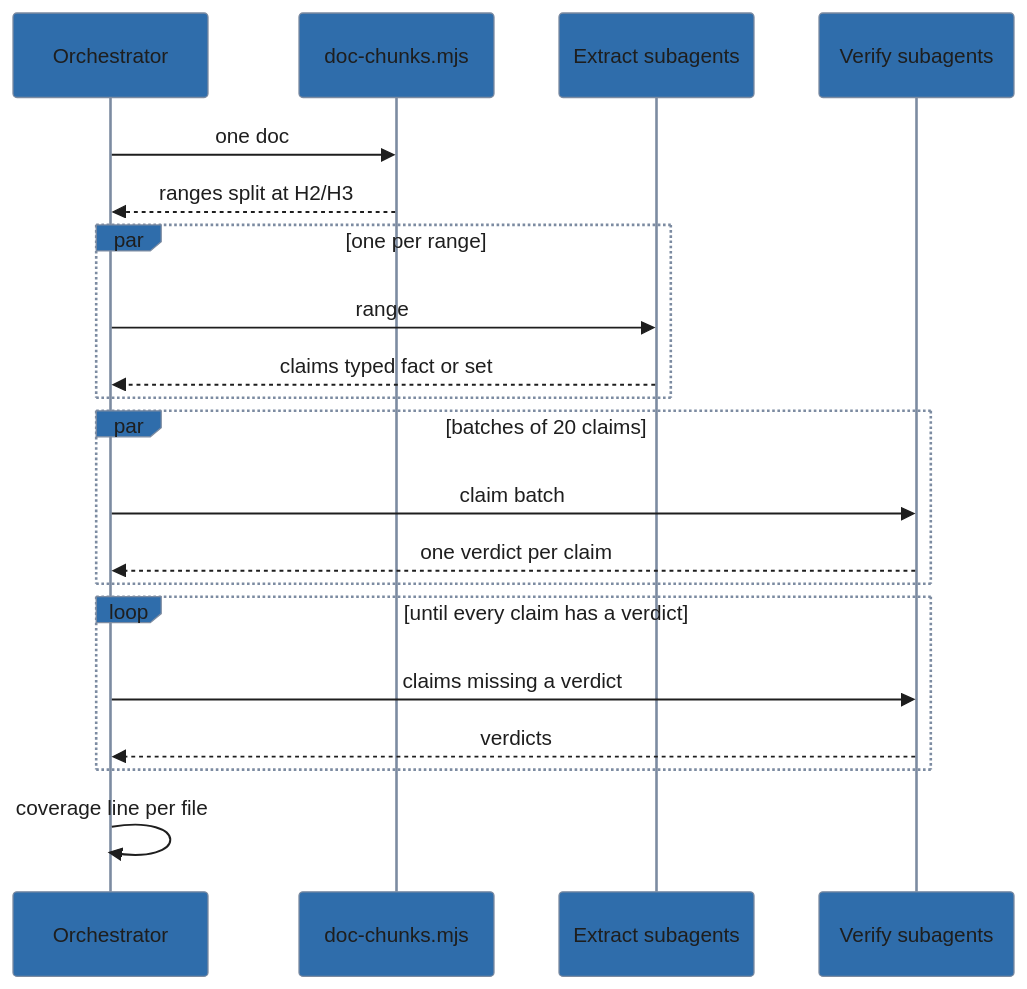
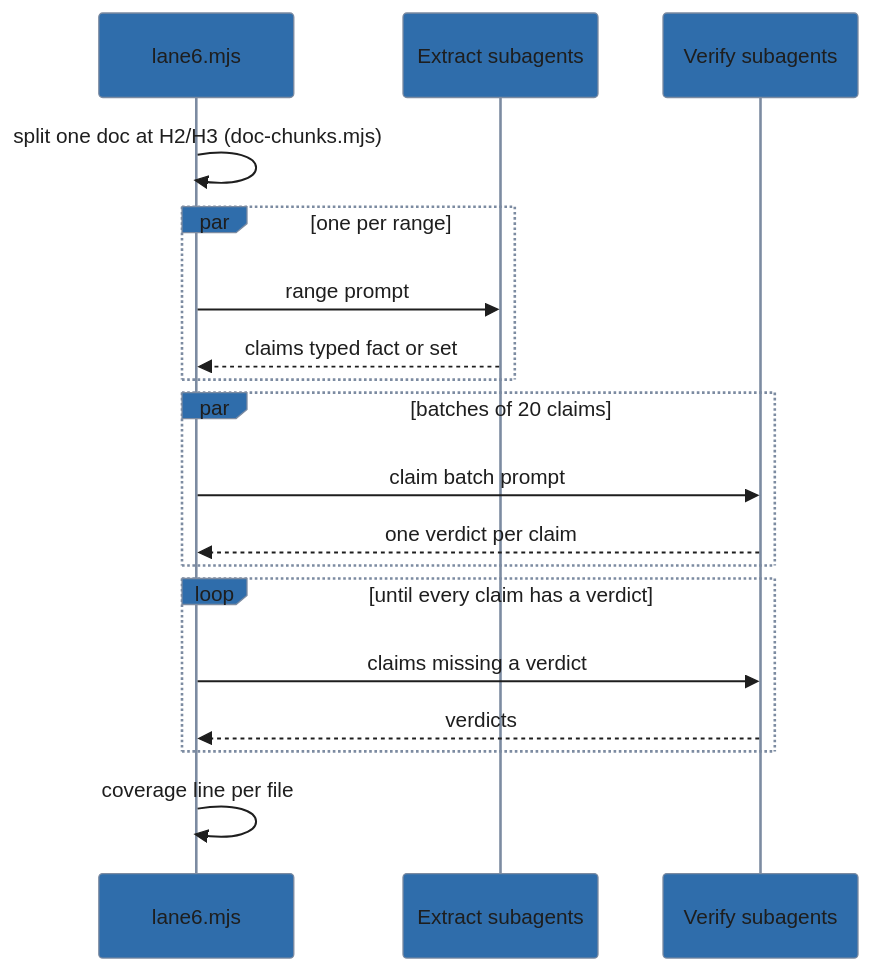
Before and after one commit to lolables/lola-mod-project-docs: the first of 3 diagrams in docs/dev/architecture.md, drawn with Mermaid. The commit also changed other lines of this file and 23 other files, not shown here.

First line of the commit message:
feat(docs-audit): drive Lane 6 and Lane 3 adjudication through lane6.mjs

````diff
--- a/docs/dev/architecture.md
+++ b/docs/dev/architecture.md
@@ -87,38 +96,36 @@
 ```mermaid
 %%{init: {'theme': 'base', 'themeVariables': {
   'primaryColor': '#2f6dab',
   'primaryTextColor': '#1e1e1e',
   'primaryBorderColor': '#7c8ba1',
   'lineColor': '#7c8ba1',
   'edgeLabelBackground': '#eef2f8',
   'tertiaryColor': 'transparent',
   'tertiaryTextColor': '#7c8ba1',
   'tertiaryBorderColor': '#7c8ba1',
   'clusterBkg': 'transparent',
   'clusterBorder': '#7c8ba1',
   'titleColor': '#7c8ba1',
   'noteBkgColor': '#eef2f8',
   'noteTextColor': '#1e1e1e',
   'fontFamily': 'system-ui, sans-serif'
 }, 'themeCSS': '.node .nodeLabel{color:#ffffff!important;fill:#ffffff!important;}'}}%%
 sequenceDiagram
-  participant O as Orchestrator
-  participant C as doc-chunks.mjs
+  participant L as lane6.mjs
   participant X as Extract subagents
   participant V as Verify subagents
-  O->>C: one doc
-  C-->>O: ranges split at H2/H3
+  L->>L: split one doc at H2/H3 (doc-chunks.mjs)
   par one per range
-    O->>X: range
-    X-->>O: claims typed fact or set
+    L->>X: range prompt
+    X-->>L: claims typed fact or set
   end
   par batches of 20 claims
-    O->>V: claim batch
-    V-->>O: one verdict per claim
+    L->>V: claim batch prompt
+    V-->>L: one verdict per claim
   end
   loop until every claim has a verdict
-    O->>V: claims missing a verdict
-    V-->>O: verdicts
+    L->>V: claims missing a verdict
+    V-->>L: verdicts
   end
-  O->>O: coverage line per file
+  L->>L: coverage line per file
 ```
````
